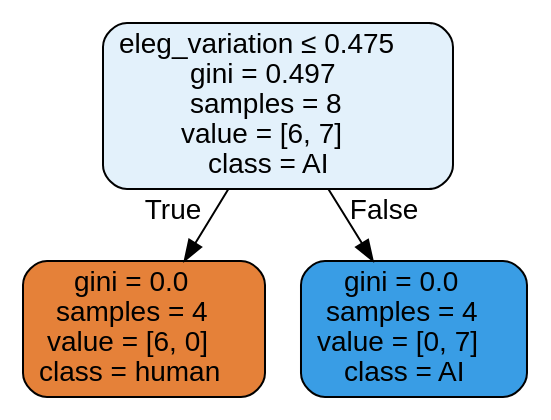
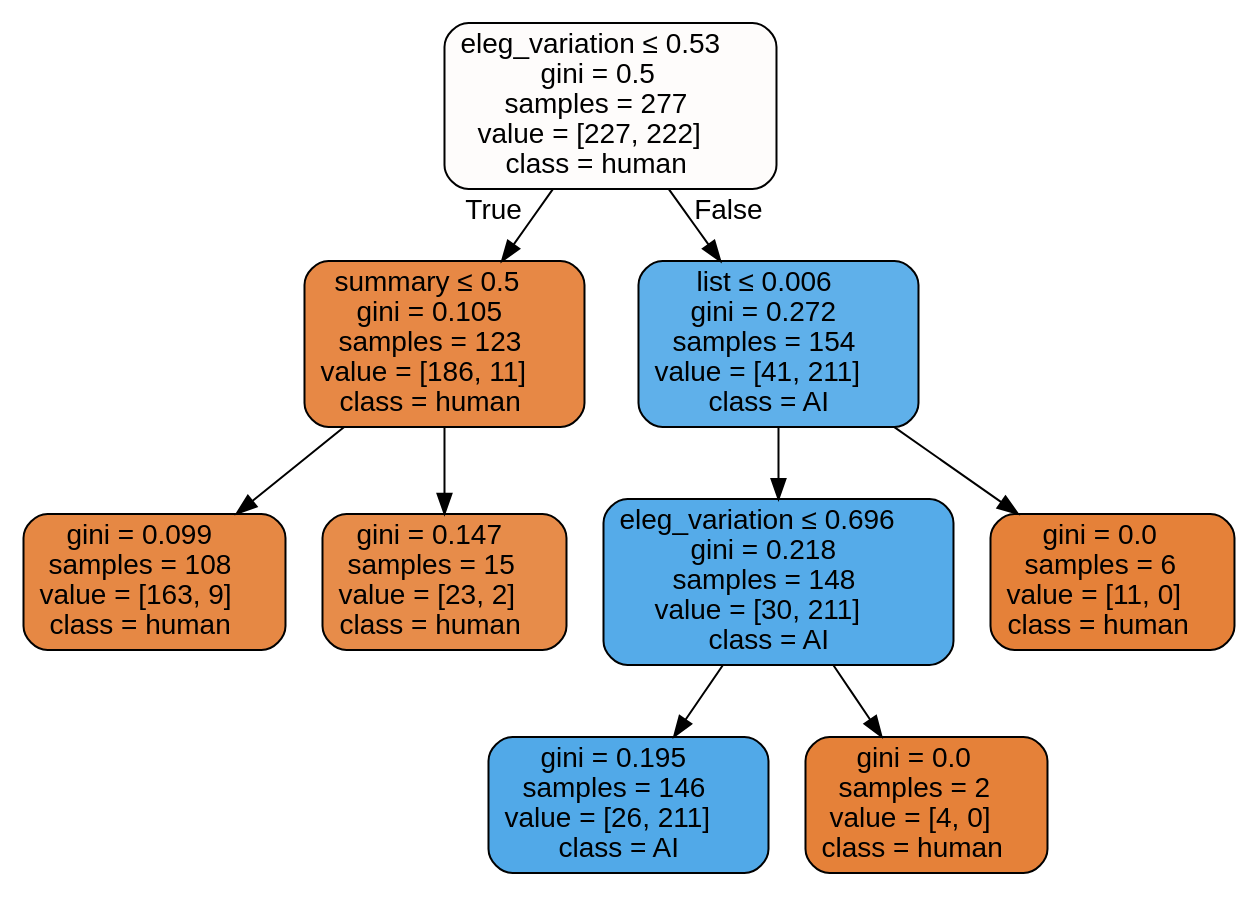
Before and after one commit to Paulpoomrit/LING450_TermProject: the diagram in results/grammar/yame_wout_grammar.dot, drawn with Graphviz. The commit also changed 41 other files, not shown here.

```diff
--- a/results/grammar/yame_wout_grammar.dot
+++ b/results/grammar/yame_wout_grammar.dot
@@ -1,9 +1,21 @@
 digraph Tree {
 node [shape=box, style="filled, rounded", color="black", fontname="helvetica"] ;
 edge [fontname="helvetica"] ;
-0 [label=<eleg_variation &le; 0.475<br/>gini = 0.497<br/>samples = 8<br/>value = [6, 7]<br/>class = AI>, fillcolor="#e3f1fb"] ;
-1 [label=<gini = 0.0<br/>samples = 4<br/>value = [6, 0]<br/>class = human>, fillcolor="#e58139"] ;
+0 [label=<eleg_variation &le; 0.53<br/>gini = 0.5<br/>samples = 277<br/>value = [227, 222]<br/>class = human>, fillcolor="#fefcfb"] ;
+1 [label=<summary &le; 0.5<br/>gini = 0.105<br/>samples = 123<br/>value = [186, 11]<br/>class = human>, fillcolor="#e78845"] ;
 0 -> 1 [labeldistance=2.5, labelangle=45, headlabel="True"] ;
-2 [label=<gini = 0.0<br/>samples = 4<br/>value = [0, 7]<br/>class = AI>, fillcolor="#399de5"] ;
+7 [label=<gini = 0.099<br/>samples = 108<br/>value = [163, 9]<br/>class = human>, fillcolor="#e68844"] ;
+1 -> 7 ;
+8 [label=<gini = 0.147<br/>samples = 15<br/>value = [23, 2]<br/>class = human>, fillcolor="#e78c4a"] ;
+1 -> 8 ;
+2 [label=<list &le; 0.006<br/>gini = 0.272<br/>samples = 154<br/>value = [41, 211]<br/>class = AI>, fillcolor="#5fb0ea"] ;
 0 -> 2 [labeldistance=2.5, labelangle=-45, headlabel="False"] ;
+3 [label=<eleg_variation &le; 0.696<br/>gini = 0.218<br/>samples = 148<br/>value = [30, 211]<br/>class = AI>, fillcolor="#55abe9"] ;
+2 -> 3 ;
+5 [label=<gini = 0.195<br/>samples = 146<br/>value = [26, 211]<br/>class = AI>, fillcolor="#51a9e8"] ;
+3 -> 5 ;
+6 [label=<gini = 0.0<br/>samples = 2<br/>value = [4, 0]<br/>class = human>, fillcolor="#e58139"] ;
+3 -> 6 ;
+4 [label=<gini = 0.0<br/>samples = 6<br/>value = [11, 0]<br/>class = human>, fillcolor="#e58139"] ;
+2 -> 4 ;
 }
```
